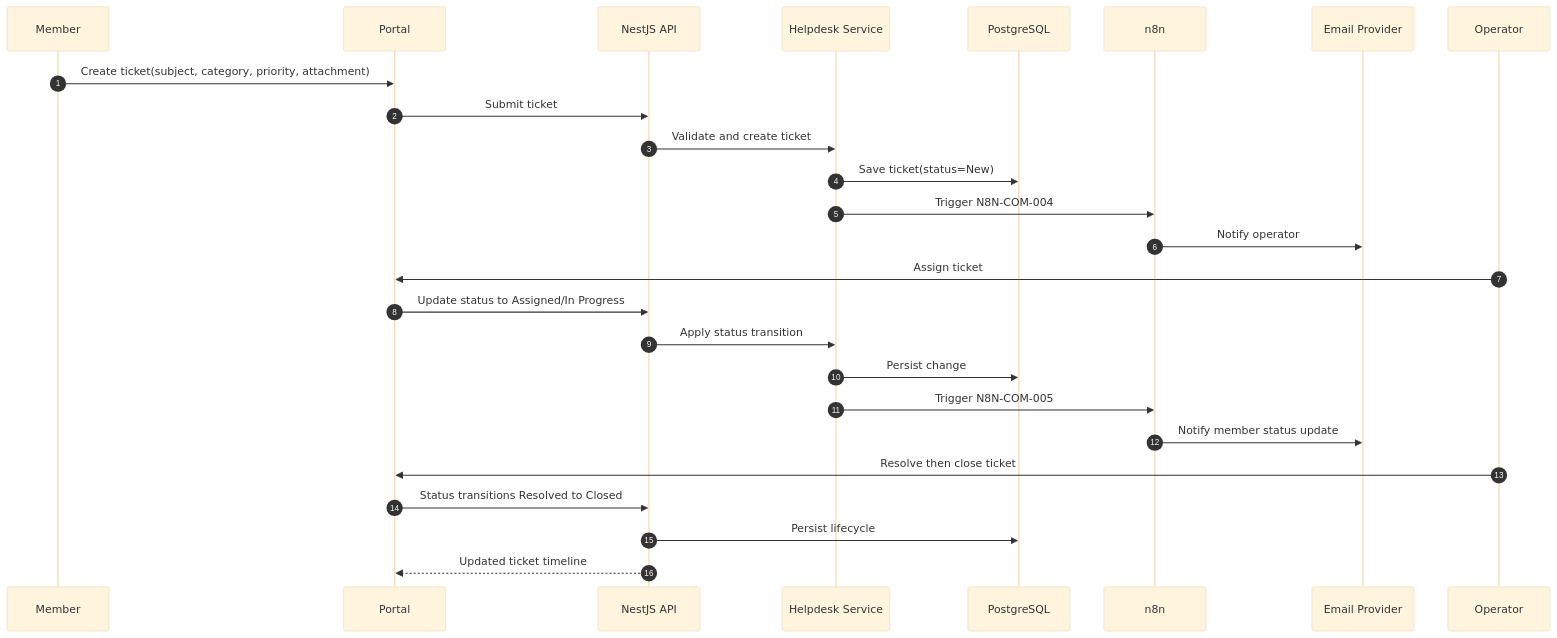
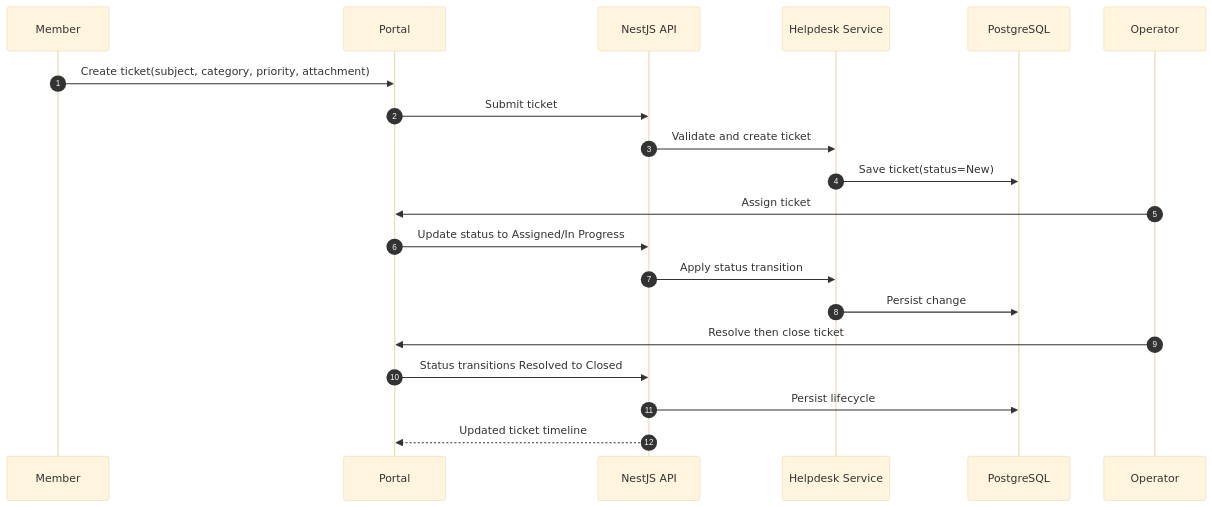
The diagram in ad-docs/business-intake-modular/12-architecture/09-sequence-helpdesk-ticket-lifecycle.md (krkscm/ad-west), drawn with Mermaid (base theme) before and after one commit. The commit also changed other lines of this file and 261 other files, not shown here.

````diff
--- a/ad-docs/business-intake-modular/12-architecture/09-sequence-helpdesk-ticket-lifecycle.md
+++ b/ad-docs/business-intake-modular/12-architecture/09-sequence-helpdesk-ticket-lifecycle.md
@@ -6,31 +6,25 @@
 ```mermaid
 sequenceDiagram
   autonumber
   participant M as Member
   participant UI as Portal
   participant API as NestJS API
   participant HD as Helpdesk Service
   participant DB as PostgreSQL
-  participant N8N as n8n
-  participant MAIL as Email Provider
 
   M->>UI: Create ticket(subject, category, priority, attachment)
   UI->>API: Submit ticket
   API->>HD: Validate and create ticket
   HD->>DB: Save ticket(status=New)
-  HD->>N8N: Trigger N8N-COM-004
-  N8N->>MAIL: Notify operator
 
   participant O as Operator
   O->>UI: Assign ticket
   UI->>API: Update status to Assigned/In Progress
   API->>HD: Apply status transition
   HD->>DB: Persist change
-  HD->>N8N: Trigger N8N-COM-005
-  N8N->>MAIL: Notify member status update
 
   O->>UI: Resolve then close ticket
   UI->>API: Status transitions Resolved to Closed
   API->>DB: Persist lifecycle
   API-->>UI: Updated ticket timeline
 ```
````
